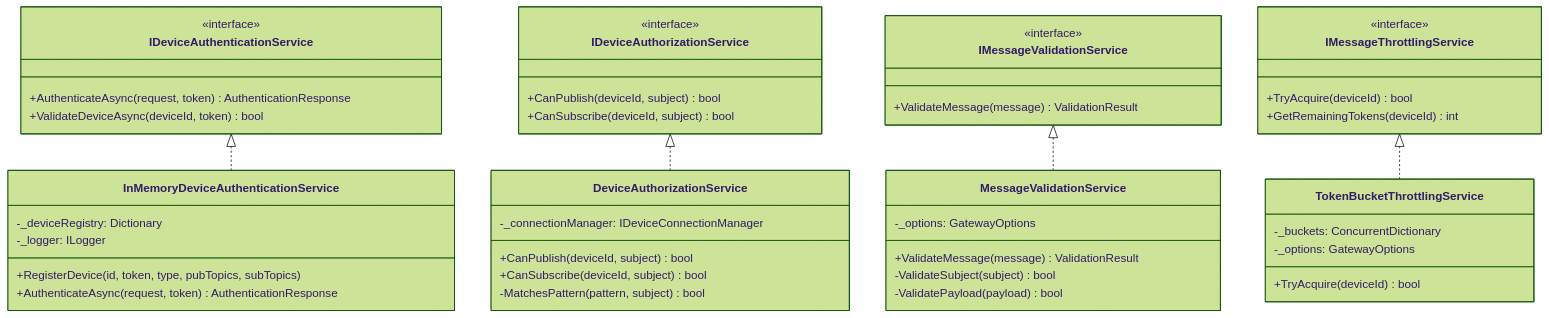
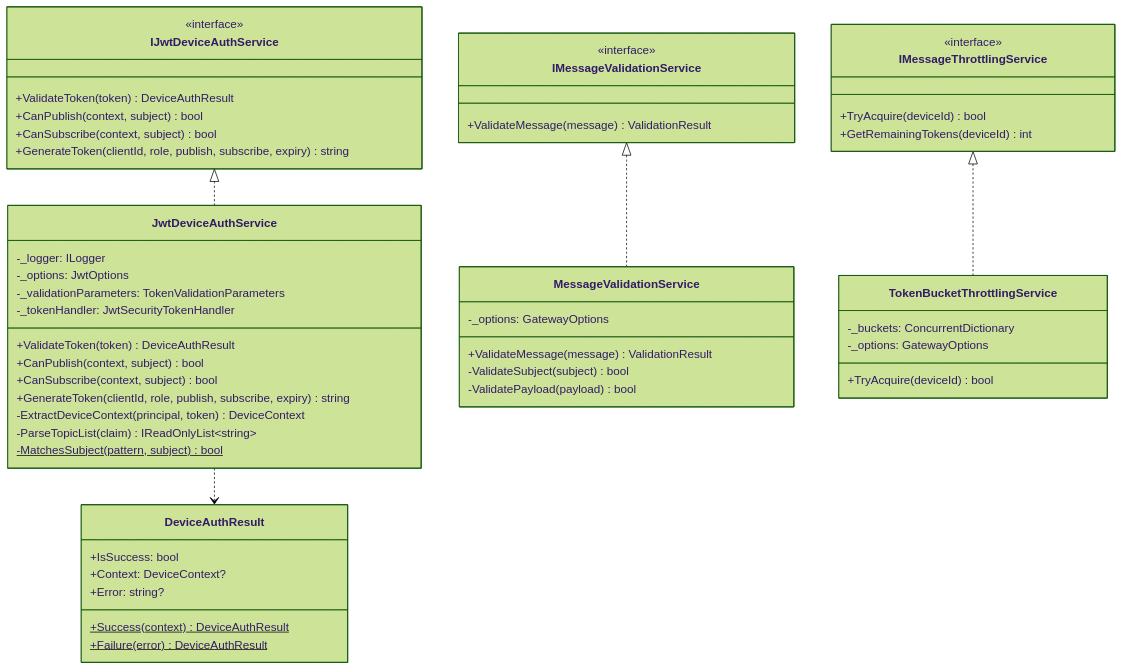
The first of 9 diagrams in docs/diagrams/class-diagrams.md (jtayl222/nats-websocket-bridge), drawn with Mermaid (forest theme) before and after one commit. The commit also changed other lines of this file and 25 other files, not shown here.

````diff
--- a/docs/diagrams/class-diagrams.md
+++ b/docs/diagrams/class-diagrams.md
@@ -5,57 +5,61 @@
 ```mermaid
 classDiagram
-    class IDeviceAuthenticationService {
+    class IJwtDeviceAuthService {
         <<interface>>
-        +AuthenticateAsync(request, token) AuthenticationResponse
-        +ValidateDeviceAsync(deviceId, token) bool
+        +ValidateToken(token) DeviceAuthResult
+        +CanPublish(context, subject) bool
+        +CanSubscribe(context, subject) bool
+        +GenerateToken(clientId, role, publish, subscribe, expiry) string
     }
 
-    class InMemoryDeviceAuthenticationService {
-        -_deviceRegistry: Dictionary
+    class JwtDeviceAuthService {
         -_logger: ILogger
-        +RegisterDevice(id, token, type, pubTopics, subTopics)
-        +AuthenticateAsync(request, token) AuthenticationResponse
+        -_options: JwtOptions
+        -_validationParameters: TokenValidationParameters
+        -_tokenHandler: JwtSecurityTokenHandler
+        +ValidateToken(token) DeviceAuthResult
+        +CanPublish(context, subject) bool
+        +CanSubscribe(context, subject) bool
+        +GenerateToken(clientId, role, publish, subscribe, expiry) string
+        -ExtractDeviceContext(principal, token) DeviceContext
+        -ParseTopicList(claim) IReadOnlyList~string~
+        -MatchesSubject(pattern, subject)$ bool
     }
 
-    class IDeviceAuthorizationService {
-        <<interface>>
-        +CanPublish(deviceId, subject) bool
-        +CanSubscribe(deviceId, subject) bool
-    }
-
-    class DeviceAuthorizationService {
-        -_connectionManager: IDeviceConnectionManager
-        +CanPublish(deviceId, subject) bool
-        +CanSubscribe(deviceId, subject) bool
-        -MatchesPattern(pattern, subject) bool
+    class DeviceAuthResult {
+        +IsSuccess: bool
+        +Context: DeviceContext?
+        +Error: string?
+        +Success(context)$ DeviceAuthResult
+        +Failure(error)$ DeviceAuthResult
     }
 
     class IMessageValidationService {
         <<interface>>
         +ValidateMessage(message) ValidationResult
     }
 
     class MessageValidationService {
         -_options: GatewayOptions
         +ValidateMessage(message) ValidationResult
         -ValidateSubject(subject) bool
         -ValidatePayload(payload) bool
     }
 
     class IMessageThrottlingService {
         <<interface>>
         +TryAcquire(deviceId) bool
         +GetRemainingTokens(deviceId) int
     }
 
     class TokenBucketThrottlingService {
         -_buckets: ConcurrentDictionary
         -_options: GatewayOptions
         +TryAcquire(deviceId) bool
     }
 
-    IDeviceAuthenticationService <|.. InMemoryDeviceAuthenticationService
-    IDeviceAuthorizationService <|.. DeviceAuthorizationService
+    IJwtDeviceAuthService <|.. JwtDeviceAuthService
+    JwtDeviceAuthService ..> DeviceAuthResult
     IMessageValidationService <|.. MessageValidationService
     IMessageThrottlingService <|.. TokenBucketThrottlingService
 ```
````
